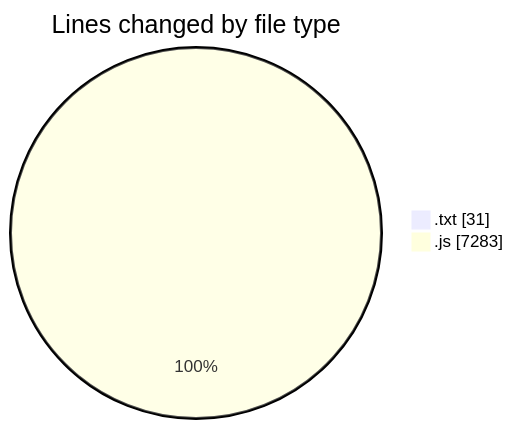
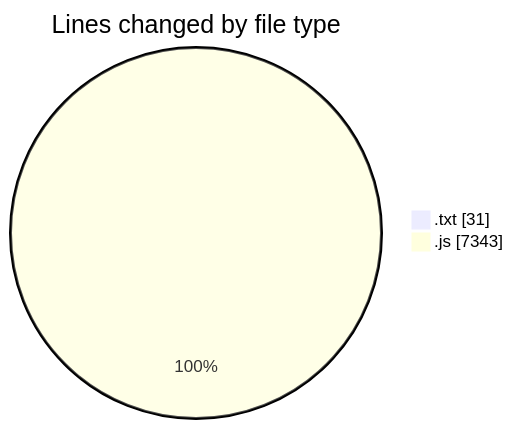
Before and after one commit to becaeroporto-bot/code-tracking: the first of 2 diagrams in 2026-02-19/bot_i_a/README.md, drawn with Mermaid. The commit also changed other lines of this file and 1 other file, not shown here.

````diff
--- a/2026-02-19/bot_i_a/README.md
+++ b/2026-02-19/bot_i_a/README.md
@@ -34,6 +34,6 @@
 ```mermaid
 pie showData
 title Lines changed by file type
 ".txt" : 31
-".js" : 7283
+".js" : 7343
 ```
````
